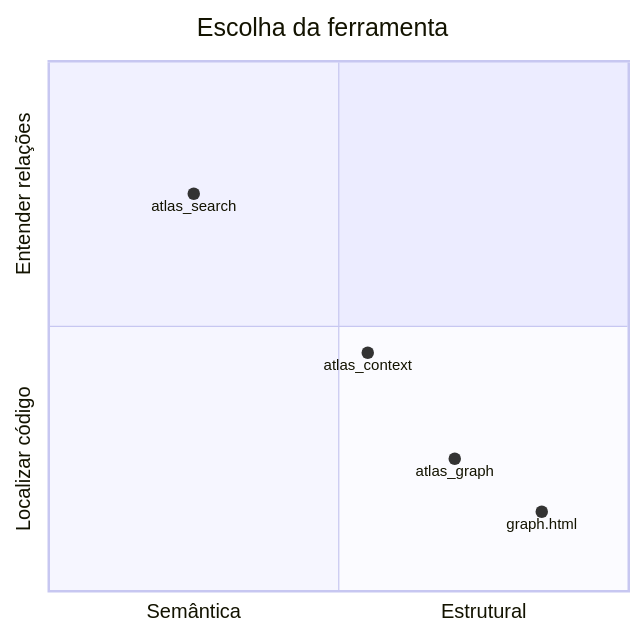
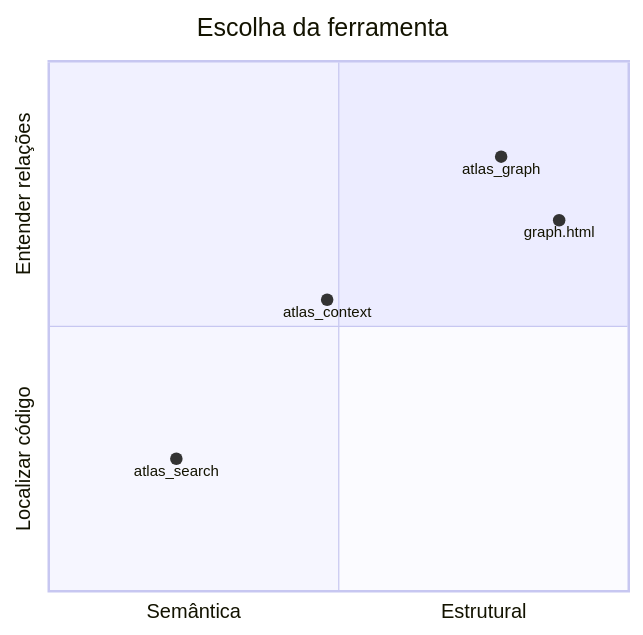
The tenth of 14 diagrams in docs/guia-indexacao-grafo-mcp.md (LuisCarlosLopes/codesteer-atlas), drawn with Mermaid before and after one commit. The commit also changed other lines of this file and 3 other files, not shown here.

````diff
--- a/docs/guia-indexacao-grafo-mcp.md
+++ b/docs/guia-indexacao-grafo-mcp.md
@@ -391,10 +425,10 @@
 ```mermaid
 quadrantChart
     title Escolha da ferramenta
     x-axis Semântica --> Estrutural
     y-axis Localizar código --> Entender relações
-    atlas_search: [0.25, 0.75]
-    atlas_context: [0.55, 0.45]
-    atlas_graph: [0.70, 0.25]
-    graph.html: [0.85, 0.15]
+    atlas_search: [0.22, 0.25]
+    atlas_context: [0.48, 0.55]
+    atlas_graph: [0.78, 0.82]
+    graph.html: [0.88, 0.70]
 ```
````
